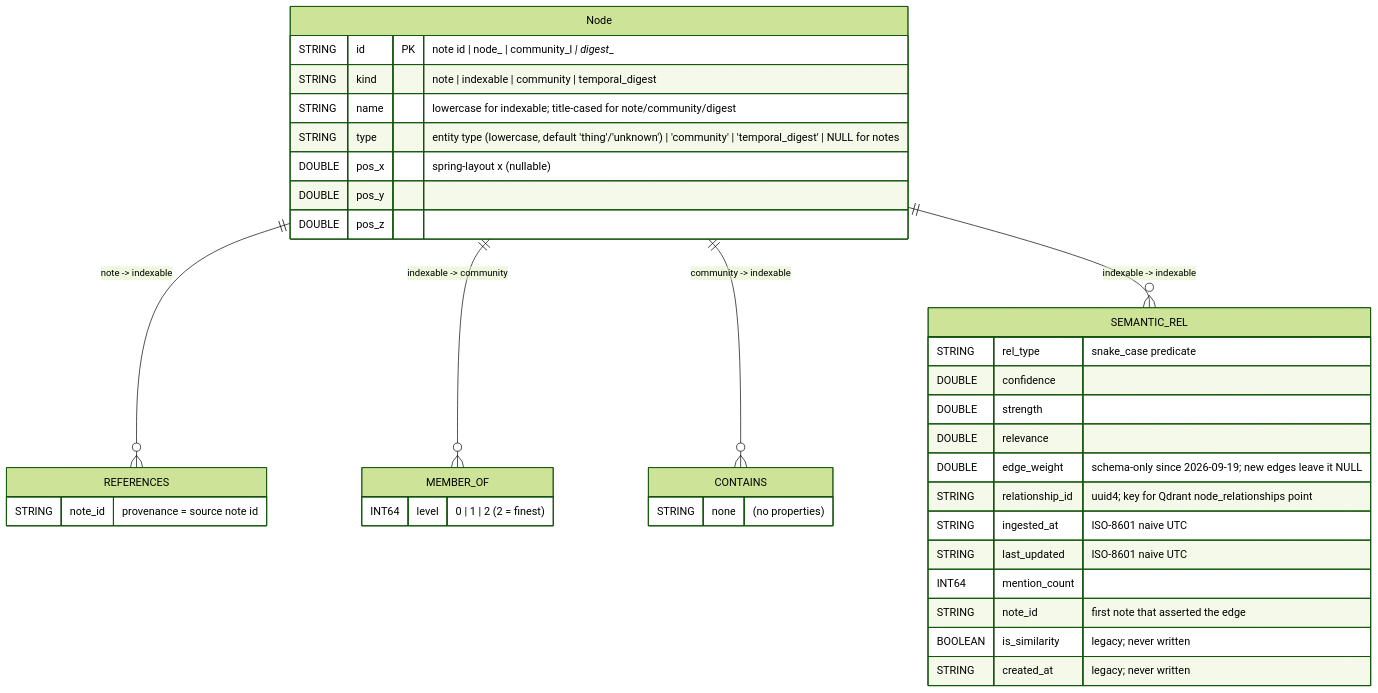
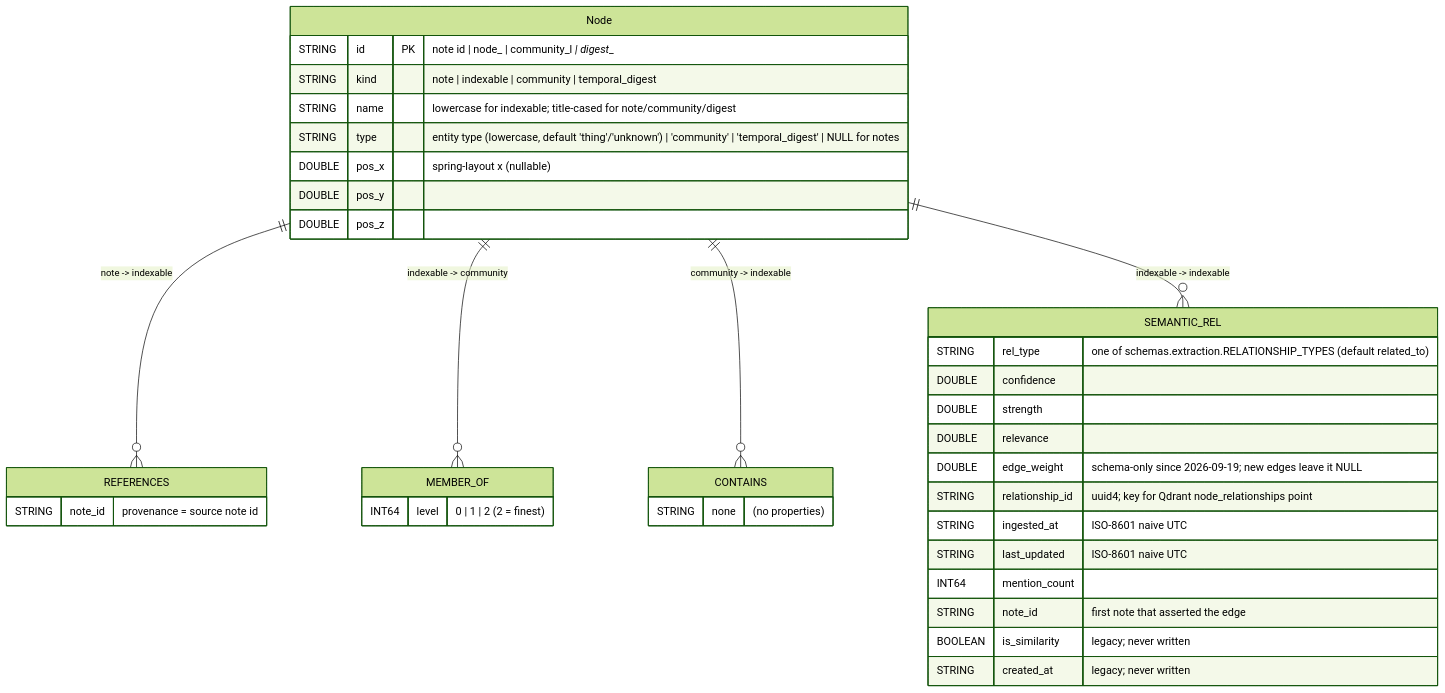
One commit to josetseph/Orb changed the second of 3 diagrams in Docs/14-graph-storage-kuzu.md. Above: the diagram before and after it, drawn with Mermaid (forest theme). The commit also changed other lines of this file and 97 other files, not shown here.

````diff
--- a/Docs/14-graph-storage-kuzu.md
+++ b/Docs/14-graph-storage-kuzu.md
@@ -74,39 +74,39 @@
 ```mermaid
 erDiagram
     Node {
         STRING id PK "note id | node_<uuid4> | community_l<L>_<hex> | digest_<period>_<key>"
         STRING kind "note | indexable | community | temporal_digest"
         STRING name "lowercase for indexable; title-cased for note/community/digest"
         STRING type "entity type (lowercase, default 'thing'/'unknown') | 'community' | 'temporal_digest' | NULL for notes"
         DOUBLE pos_x "spring-layout x (nullable)"
         DOUBLE pos_y
         DOUBLE pos_z
     }
     Node ||--o{ REFERENCES : "note -> indexable"
     REFERENCES {
         STRING note_id "provenance = source note id"
     }
     Node ||--o{ MEMBER_OF : "indexable -> community"
     MEMBER_OF {
         INT64 level "0 | 1 | 2 (2 = finest)"
     }
     Node ||--o{ CONTAINS : "community -> indexable"
     CONTAINS {
         STRING none "(no properties)"
     }
     Node ||--o{ SEMANTIC_REL : "indexable -> indexable"
     SEMANTIC_REL {
-        STRING rel_type "snake_case predicate"
+        STRING rel_type "one of schemas.extraction.RELATIONSHIP_TYPES (default related_to)"
         DOUBLE confidence
         DOUBLE strength
         DOUBLE relevance
         DOUBLE edge_weight "schema-only since 2026-09-19; new edges leave it NULL"
         STRING relationship_id "uuid4; key for Qdrant node_relationships point"
         STRING ingested_at "ISO-8601 naive UTC"
         STRING last_updated "ISO-8601 naive UTC"
         INT64 mention_count
         STRING note_id "first note that asserted the edge"
         BOOLEAN is_similarity "legacy; never written"
         STRING created_at "legacy; never written"
     }
 ```
````
